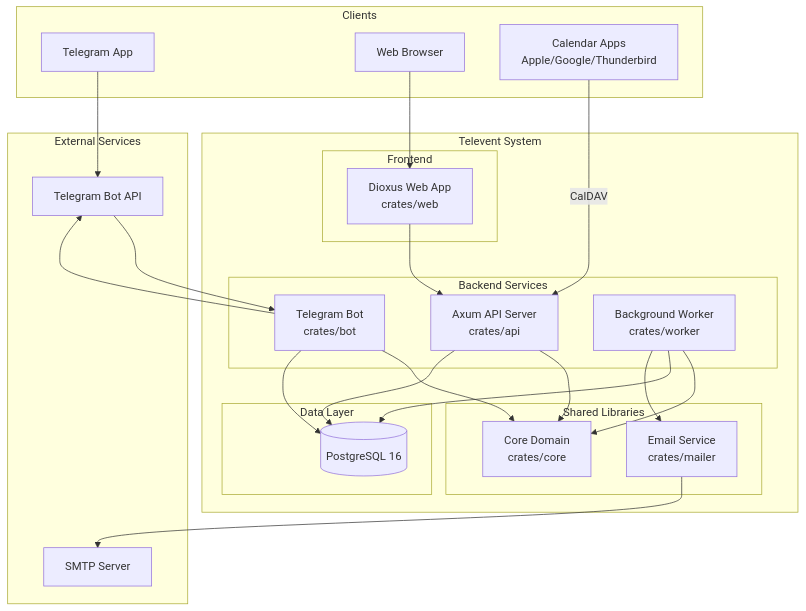
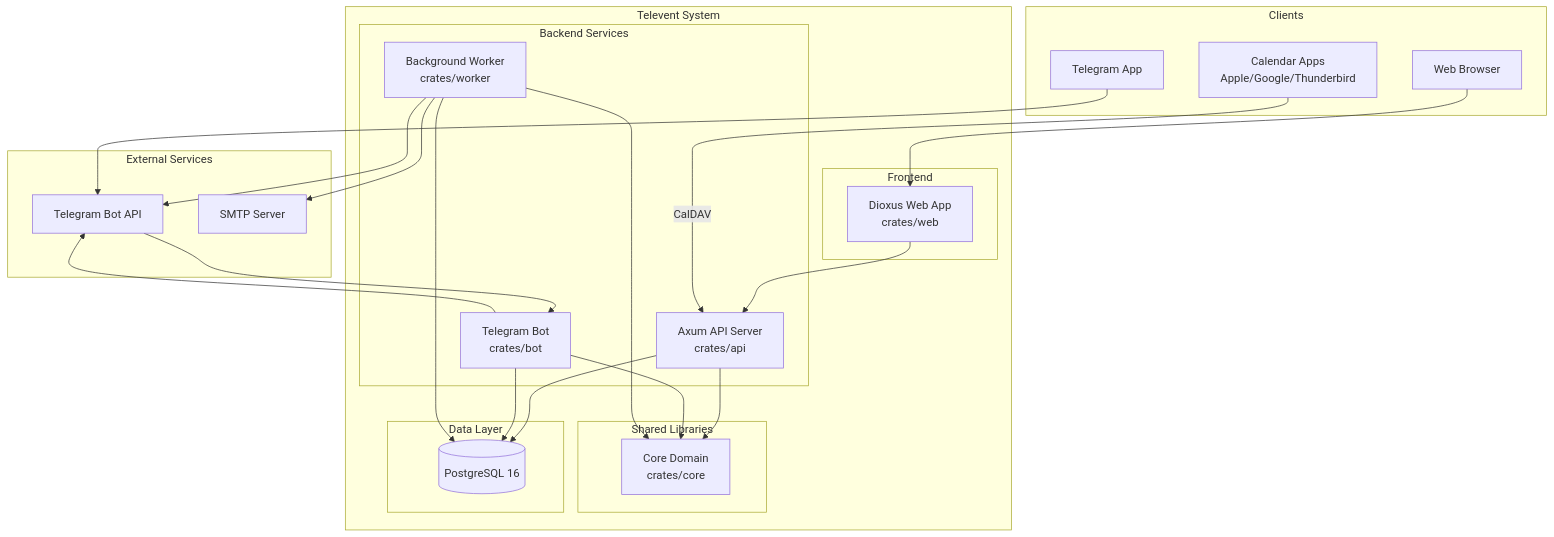
Before and after one commit to kirilledition/televent: the first of 7 diagrams in docs/ARCHITECTURE.md, drawn with Mermaid. The commit also changed other lines of this file and 20 other files, not shown here.

````diff
--- a/docs/ARCHITECTURE.md
+++ b/docs/ARCHITECTURE.md
@@ -7,51 +7,50 @@
 ```mermaid
 graph TB
     subgraph "Clients"
         TG[Telegram App]
         WEB[Web Browser]
         CAL[Calendar Apps<br/>Apple/Google/Thunderbird]
     end
 
     subgraph "Televent System"
         subgraph "Frontend"
             DIOXUS[Dioxus Web App<br/>crates/web]
         end
 
         subgraph "Backend Services"
             API[Axum API Server<br/>crates/api]
             BOT[Telegram Bot<br/>crates/bot]
             WORKER[Background Worker<br/>crates/worker]
         end
 
         subgraph "Shared Libraries"
             CORE[Core Domain<br/>crates/core]
-            MAILER[Email Service<br/>crates/mailer]
         end
 
         subgraph "Data Layer"
             PG[(PostgreSQL 16)]
         end
     end
 
     subgraph "External Services"
         TGAPI[Telegram Bot API]
         SMTP[SMTP Server]
     end
 
     TG --> TGAPI
     TGAPI --> BOT
     WEB --> DIOXUS
     DIOXUS --> API
     CAL -->|CalDAV| API
 
     API --> CORE
     API --> PG
     BOT --> CORE
     BOT --> PG
     WORKER --> CORE
     WORKER --> PG
-    WORKER --> MAILER
-    MAILER --> SMTP
+    WORKER --> TGAPI
+    WORKER --> SMTP
 
     BOT --> TGAPI
 ```
````
